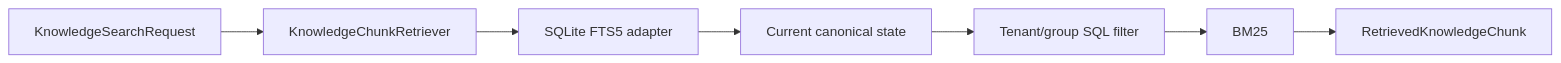
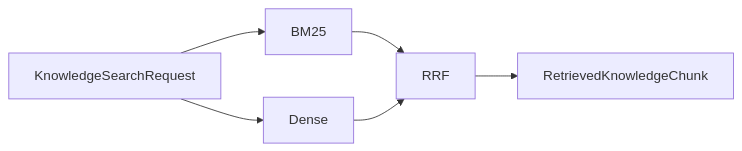
One commit to kumarchandansingh/tropos changed the second of 3 diagrams in docs/architecture/CODEBASE_MAP.md. Above: the diagram before and after it, drawn with Mermaid. The commit also changed other lines of this file and 16 other files, not shown here.

First line of the commit message:
docs: reconcile Tropos product architecture and decision history (#69)

````diff
--- a/docs/architecture/CODEBASE_MAP.md
+++ b/docs/architecture/CODEBASE_MAP.md
@@ -112,10 +152,9 @@
 ```mermaid
 flowchart LR
     Request[KnowledgeSearchRequest]
-    --> Retriever[KnowledgeChunkRetriever]
-    --> FTS[SQLite FTS5 adapter]
-    --> Current[Current canonical state]
-    --> Access[Tenant/group SQL filter]
-    --> Rank[BM25]
-    --> Result[RetrievedKnowledgeChunk]
+    --> Lex[BM25]
+    Request --> Dense[Dense]
+    Lex --> Hybrid[RRF]
+    Dense --> Hybrid
+    Hybrid --> Result[RetrievedKnowledgeChunk]
 ```
````
